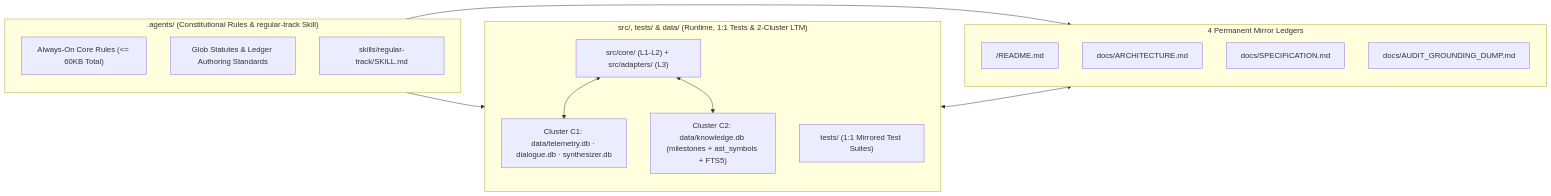
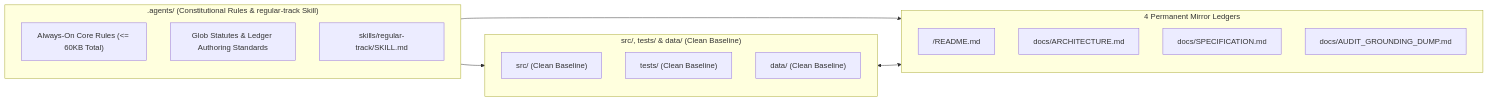
Before and after one commit to jinseobhong/eterna-luminas: the diagram in README.md, drawn with Mermaid. The commit also changed other lines of this file and 14 other files, not shown here.

Commit message:
chore(src,tests,docs): reset src, tests, and data to clean baseline for incremental design

````diff
--- a/README.md
+++ b/README.md
@@ -18,26 +18,24 @@
 ```mermaid
 flowchart LR
     subgraph RULES[".agents/ (Constitutional Rules & regular-track Skill)"]
         ALWAYS["Always-On Core Rules (<= 60KB Total)"]
         GLOBS["Glob Statutes & Ledger Authoring Standards"]
         SKILL["skills/regular-track/SKILL.md"]
     end
 
     subgraph LEDGERS["4 Permanent Mirror Ledgers"]
         L_README["/README.md"]
         L_ARCH["docs/ARCHITECTURE.md"]
         L_SPEC["docs/SPECIFICATION.md"]
         L_DUMP["docs/AUDIT_GROUNDING_DUMP.md"]
     end
 
-    subgraph RUNTIME["src/, tests/ & data/ (Runtime, 1:1 Tests & 2-Cluster LTM)"]
-        SRC["src/core/ (L1-L2) + src/adapters/ (L3)"]
-        TST["tests/ (1:1 Mirrored Test Suites)"]
-        LTM_INT["Cluster C1: data/telemetry.db · dialogue.db · synthesizer.db"]
-        LTM_ENG["Cluster C2: data/knowledge.db (milestones + ast_symbols + FTS5)"]
+    subgraph RUNTIME["src/, tests/ & data/ (Clean Baseline)"]
+        SRC["src/ (Clean Baseline)"]
+        TST["tests/ (Clean Baseline)"]
+        DATA["data/ (Clean Baseline)"]
     end
 
     RULES --> LEDGERS & RUNTIME
-    SRC <--> LTM_INT & LTM_ENG
     RUNTIME <--> LEDGERS
 ```
````
